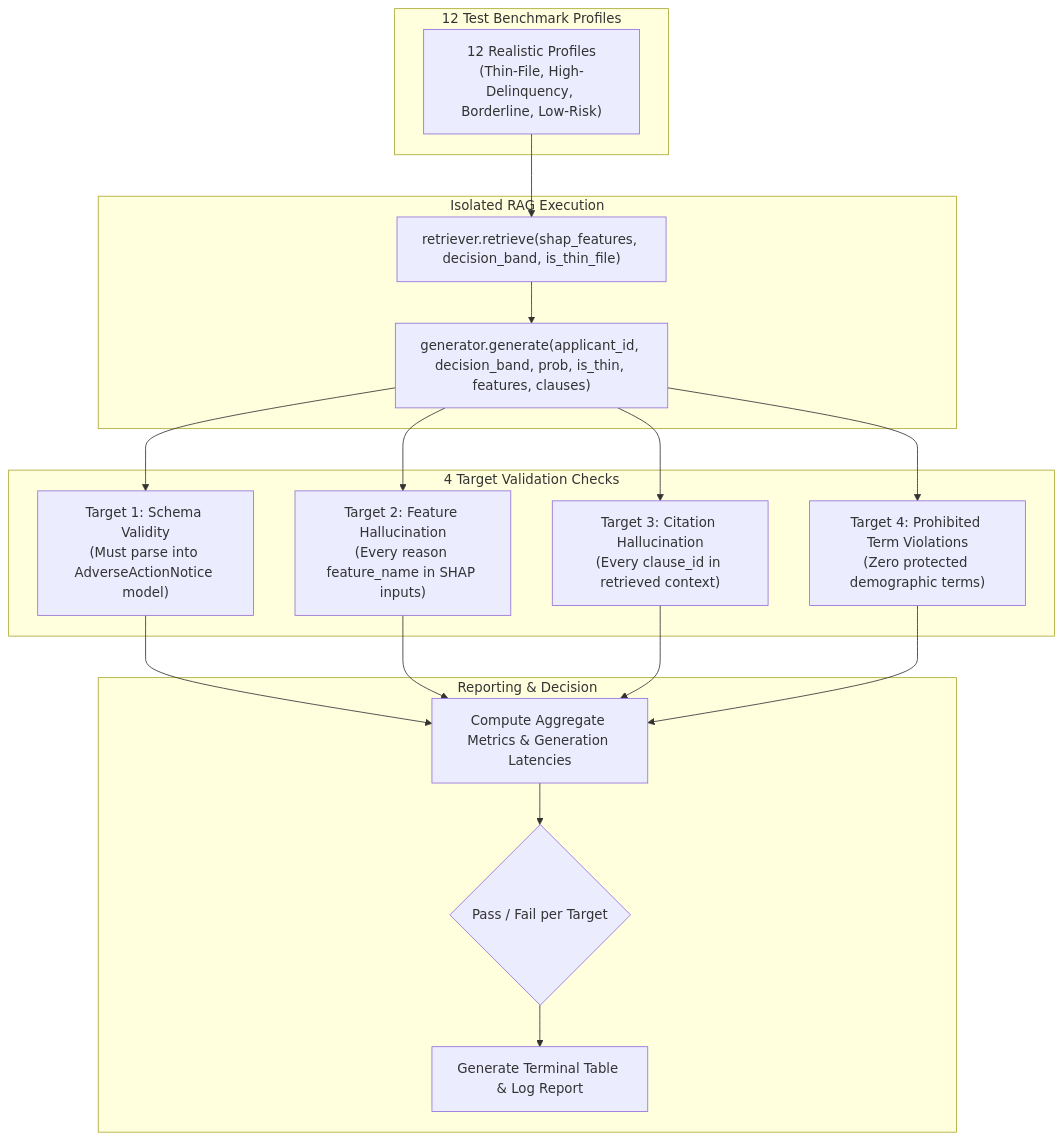
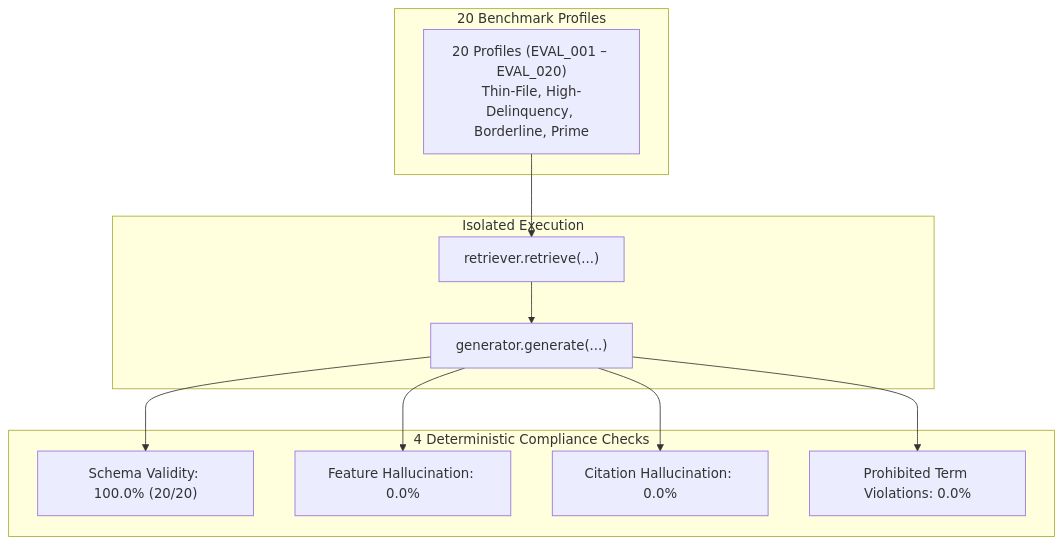
One commit to Param-Patel-o5/ai-financial-inclusion-risk-assessment changed the third of 3 diagrams in docs/architecture.md. Above: the diagram before and after it, drawn with Mermaid. The commit also changed other lines of this file and 2 other files, not shown here.

````diff
--- a/docs/architecture.md
+++ b/docs/architecture.md
@@ -79,38 +127,25 @@
 ```mermaid
 flowchart TD
-    subgraph Benchmark ["12 Test Benchmark Profiles"]
-        POOL["12 Realistic Profiles<br/>(Thin-File, High-Delinquency, Borderline, Low-Risk)"]
+    subgraph Benchmark ["20 Benchmark Profiles"]
+        POOL["20 Profiles (EVAL_001 – EVAL_020)<br/>Thin-File, High-Delinquency, Borderline, Prime"]
     end
 
-    subgraph Pipeline ["Isolated RAG Execution"]
-        RET["retriever.retrieve(shap_features, decision_band, is_thin_file)"]
-        GEN["generator.generate(applicant_id, decision_band, prob, is_thin, features, clauses)"]
+    subgraph Execution ["Isolated Execution"]
+        RET["retriever.retrieve(...)"]
+        GEN["generator.generate(...)"]
     end
 
-    subgraph Target_Checks ["4 Target Validation Checks"]
-        T1["Target 1: Schema Validity<br/>(Must parse into AdverseActionNotice model)"]
-        T2["Target 2: Feature Hallucination<br/>(Every reason feature_name in SHAP inputs)"]
-        T3["Target 3: Citation Hallucination<br/>(Every clause_id in retrieved context)"]
-        T4["Target 4: Prohibited Term Violations<br/>(Zero protected demographic terms)"]
+    subgraph Audit ["4 Deterministic Compliance Checks"]
+        C1["Schema Validity: 100.0% (20/20)"]
+        C2["Feature Hallucination: 0.0%"]
+        C3["Citation Hallucination: 0.0%"]
+        C4["Prohibited Term Violations: 0.0%"]
     end
 
-    subgraph Aggregation ["Reporting & Decision"]
-        METRICS["Compute Aggregate Metrics & Generation Latencies"]
-        RESULT{"Pass / Fail per Target"}
-        REPORT["Generate Terminal Table & Log Report"]
-    end
-
-    %% Flow connections
     POOL --> RET
     RET --> GEN
-    GEN --> T1
-    GEN --> T2
-    GEN --> T3
-    GEN --> T4
-    T1 --> METRICS
-    T2 --> METRICS
-    T3 --> METRICS
-    T4 --> METRICS
-    METRICS --> RESULT
-    RESULT --> REPORT
+    GEN --> C1
+    GEN --> C2
+    GEN --> C3
+    GEN --> C4
 ```
````
